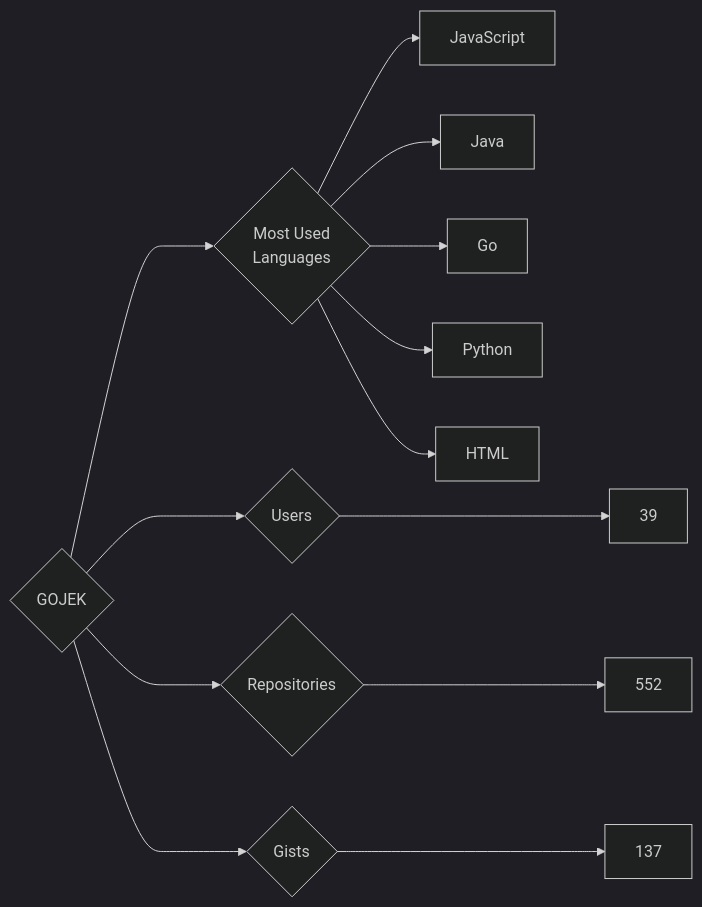
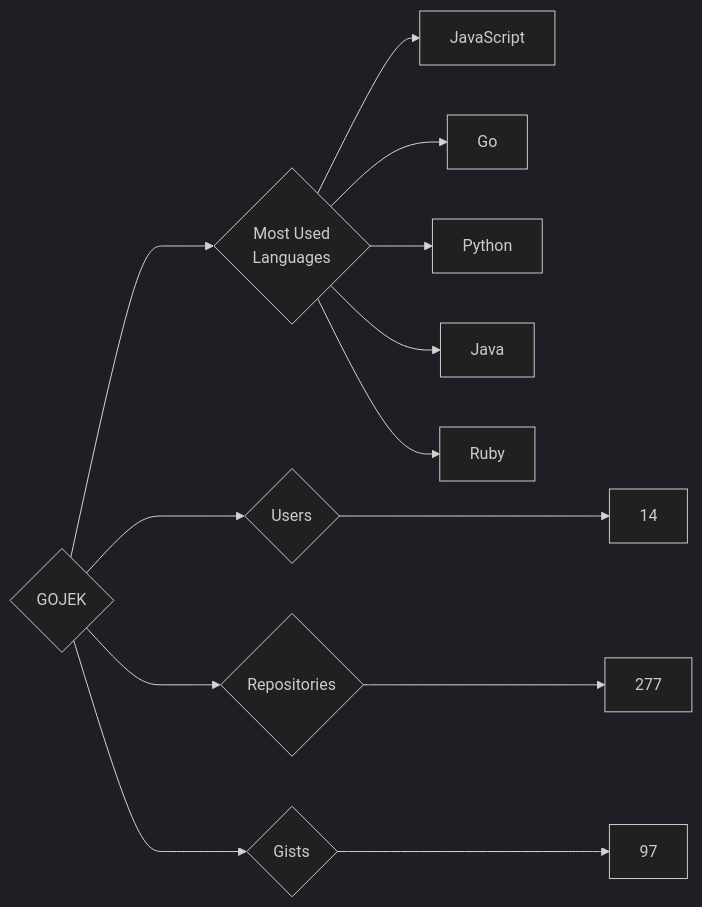
One commit to trickest/insiders changed the diagram in targets/GOJEK/README.md. Above: the diagram before and after it, drawn with Mermaid (dark theme). The commit also changed 814 other files, not shown here.

````diff
--- a/targets/GOJEK/README.md
+++ b/targets/GOJEK/README.md
@@ -3,13 +3,13 @@
 ```mermaid
 graph LR
 COMPANY_NAME{GOJEK}
-COMPANY_NAME ---> U{Users} ---> UN[39]
-COMPANY_NAME ---> R{Repositories} ---> RN[552]
-COMPANY_NAME ---> G{Gists} ---> GN[137]
+COMPANY_NAME ---> U{Users} ---> UN[14]
+COMPANY_NAME ---> R{Repositories} ---> RN[277]
+COMPANY_NAME ---> G{Gists} ---> GN[97]
 COMPANY_NAME ---> ML{Most Used<br>Languages}
 ML --> JavaScript[JavaScript]
-ML --> Java[Java]
 ML --> Go[Go]
 ML --> Python[Python]
-ML --> HTML[HTML]
+ML --> Java[Java]
+ML --> Ruby[Ruby]
 ```
````
